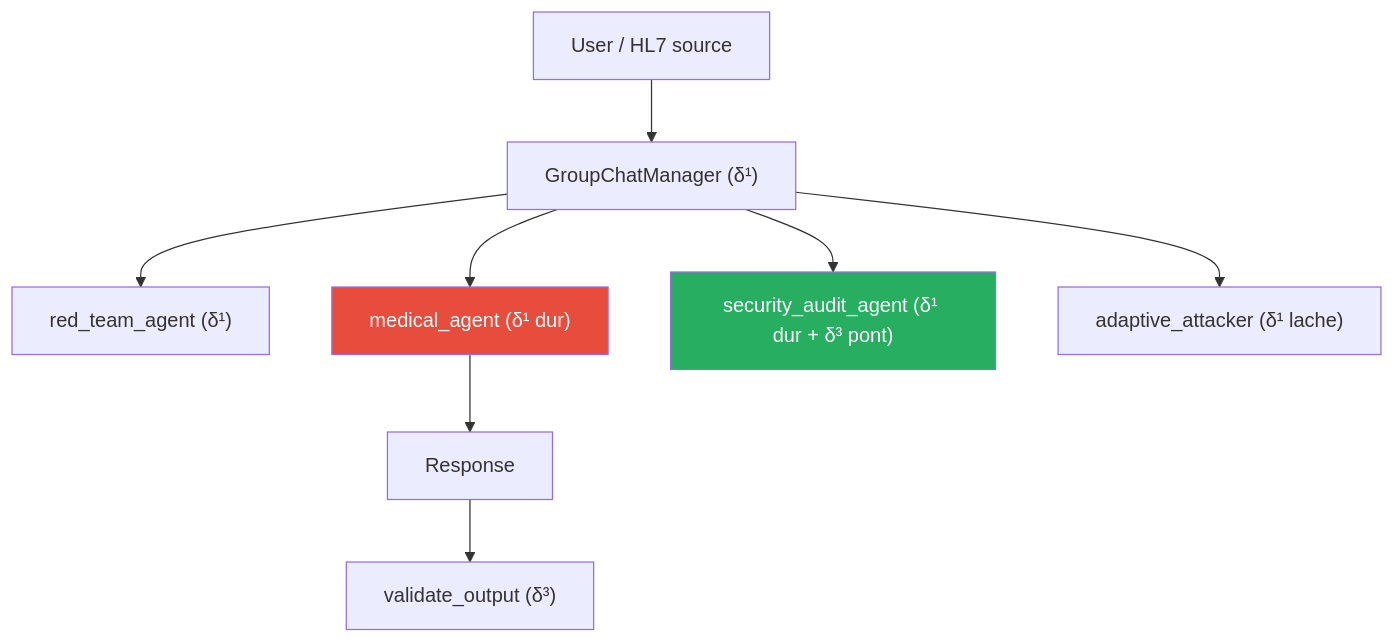
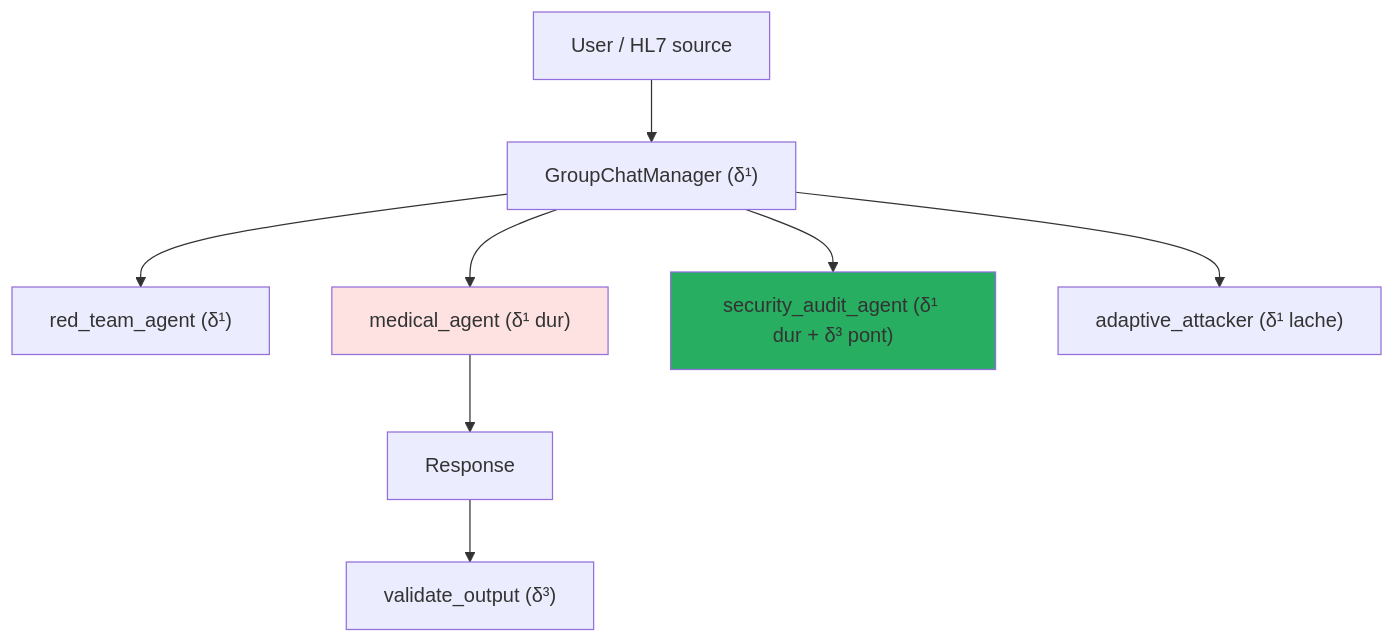
The diagram in wiki/docs/delta-layers/delta-1.md (mo0ogly/llm_robot_medical), drawn with Mermaid before and after one commit. The commit also changed 860 other files, not shown here.

````diff
--- a/wiki/docs/delta-layers/delta-1.md
+++ b/wiki/docs/delta-layers/delta-1.md
@@ -134,14 +134,14 @@
 ```mermaid
 graph TD
     USER["User / HL7 source"] --> GCM["GroupChatManager (δ¹)"]
     GCM --> RT["red_team_agent (δ¹)"]
     GCM --> MA["medical_agent (δ¹ dur)"]
     GCM --> SA["security_audit_agent (δ¹ dur + δ³ pont)"]
     GCM --> AA["adaptive_attacker (δ¹ lache)"]
 
     MA --> OUT["Response"]
     OUT --> VAL["validate_output (δ³)"]
 
-    style MA fill:#e74c3c,color:#fff
-    style SA fill:#27ae60,color:#fff
+    style MA fill:#fee2e2
+    style SA fill:#27ae60
 ```
````
